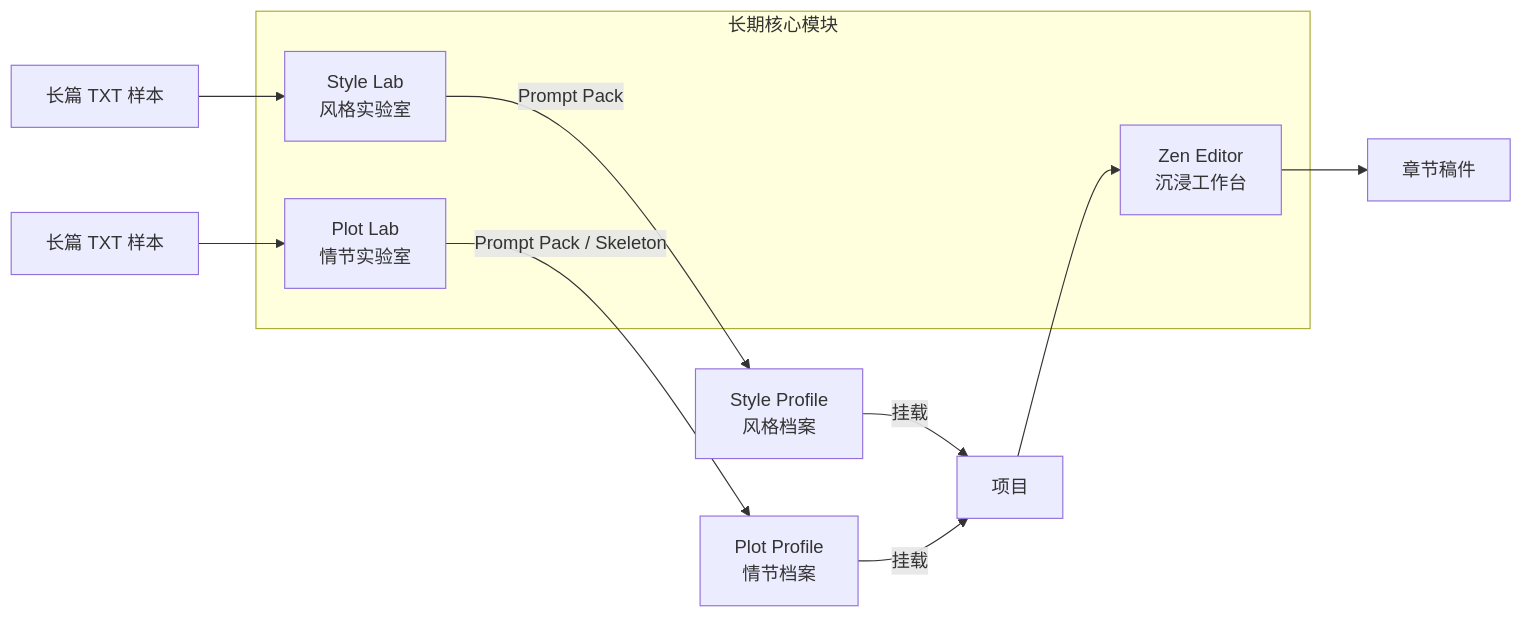
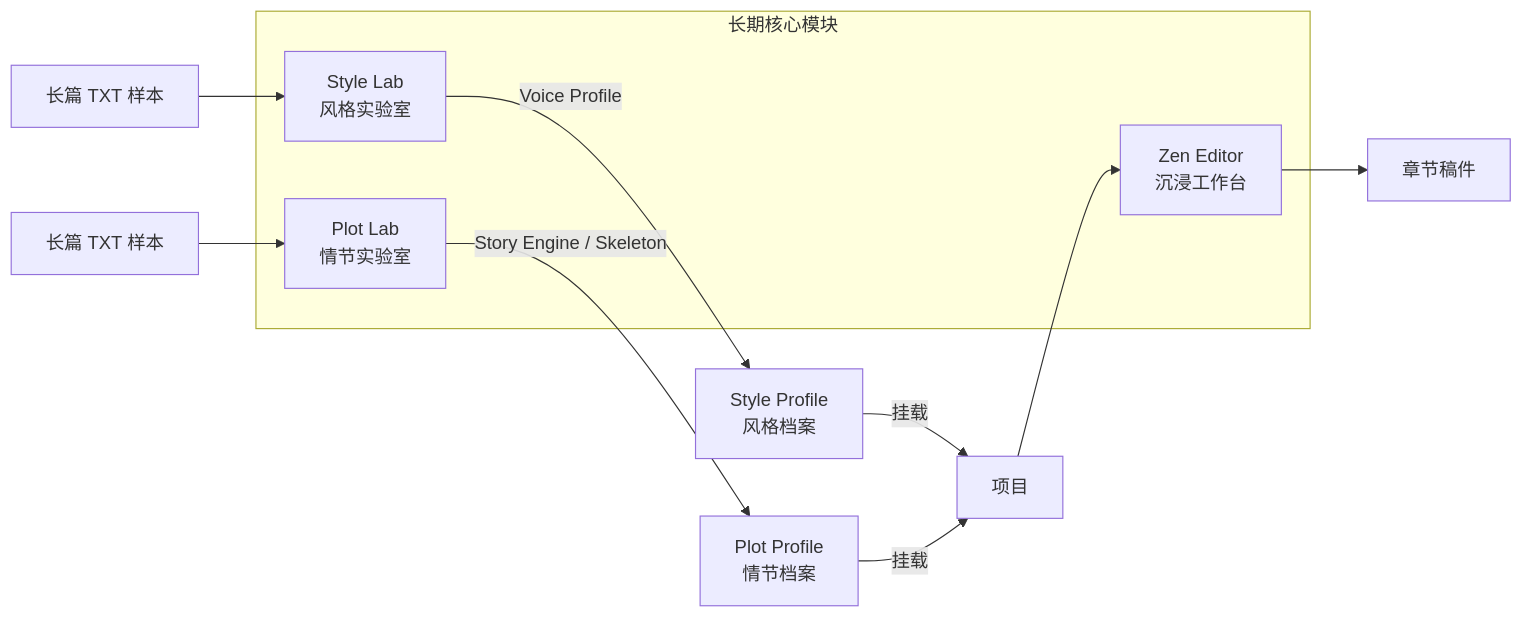
One commit to nsxzhou/Persona changed the first of 2 diagrams in wiki/00-overview/00-what-is-persona.md. Above: the diagram before and after it, drawn with Mermaid. The commit also changed other lines of this file and 3 other files, not shown here.

````diff
--- a/wiki/00-overview/00-what-is-persona.md
+++ b/wiki/00-overview/00-what-is-persona.md
@@ -21,16 +21,16 @@
 ```mermaid
 flowchart LR
     subgraph 长期核心模块
         SL[Style Lab<br/>风格实验室]
         PL[Plot Lab<br/>情节实验室]
         ZE[Zen Editor<br/>沉浸工作台]
     end
     Sample[长篇 TXT 样本] --> SL
     PlotSample[长篇 TXT 样本] --> PL
-    SL --Prompt Pack--> SP[Style Profile<br/>风格档案]
-    PL --Prompt Pack / Skeleton--> PP[Plot Profile<br/>情节档案]
+    SL --Voice Profile--> SP[Style Profile<br/>风格档案]
+    PL --Story Engine / Skeleton--> PP[Plot Profile<br/>情节档案]
     SP --挂载--> Project[项目]
     PP --挂载--> Project
     Project --> ZE
     ZE --> Chapter[章节稿件]
 ```
````
